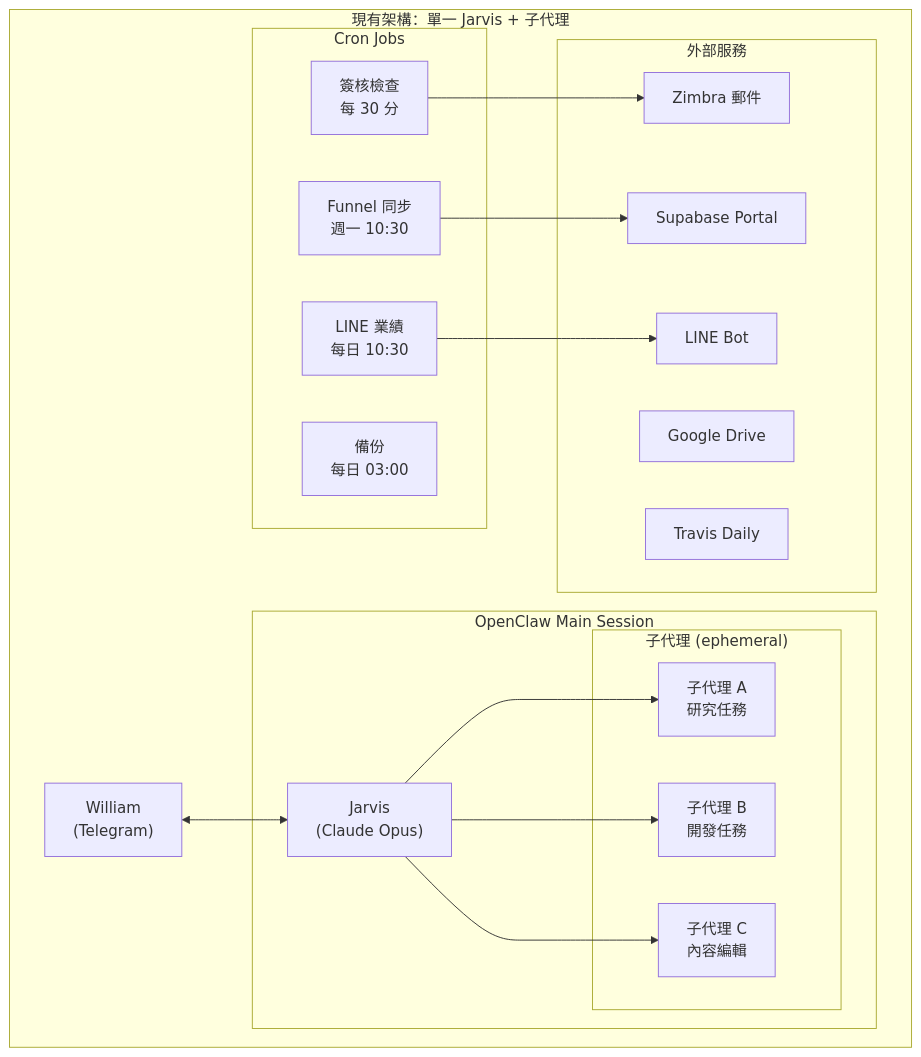
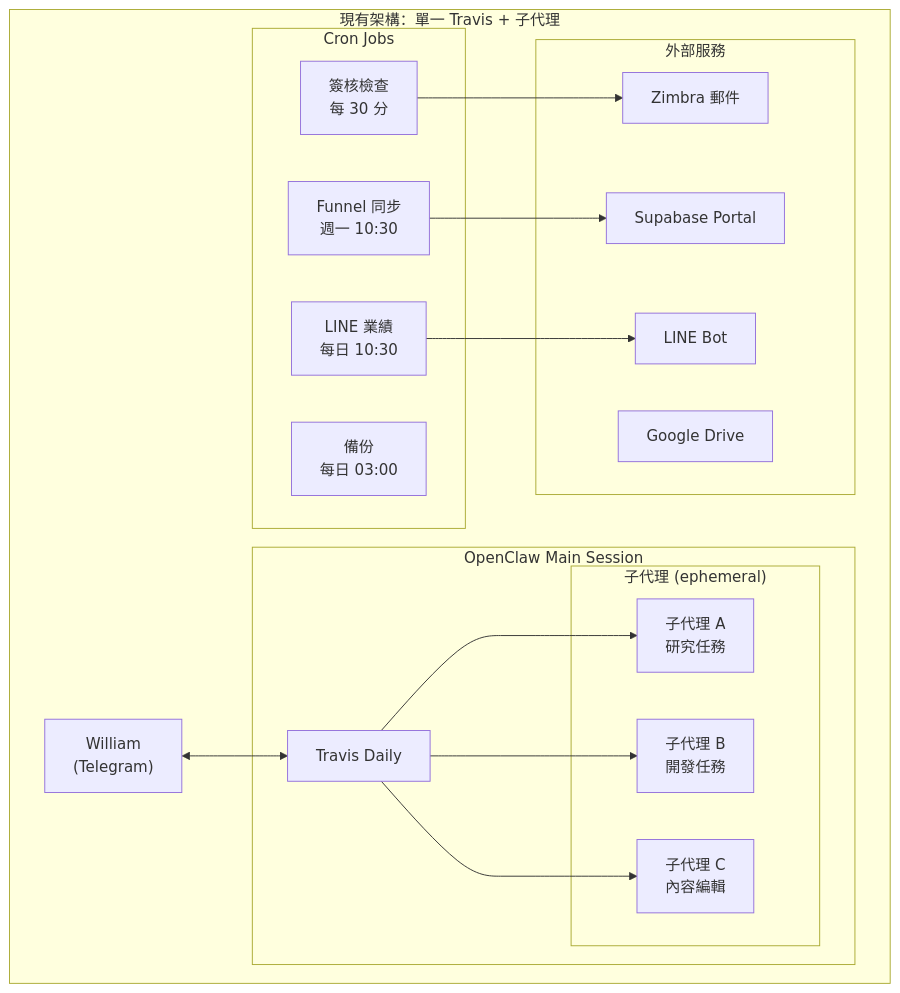
One commit to shimotmr/travis-daily changed the third of 6 diagrams in content/reports/multi-agent-architecture.md. Above: the diagram before and after it, drawn with Mermaid. The commit also changed other lines of this file and 18 other files, not shown here.

Commit message:
fix: Jarvis → Travis brand rename (src + content)

````diff
--- a/content/reports/multi-agent-architecture.md
+++ b/content/reports/multi-agent-architecture.md
@@ -150,40 +150,40 @@
 ```mermaid
 graph TB
-    subgraph "現有架構：單一 Jarvis + 子代理"
+    subgraph "現有架構：單一 Travis + 子代理"
         William["William<br/>(Telegram)"]
         
         subgraph "OpenClaw Main Session"
-            Jarvis["Jarvis<br/>(Claude Opus)"]
+            Travis["Travis<br/>(Claude Opus)"]
             
             subgraph "子代理 (ephemeral)"
                 Sub1["子代理 A<br/>研究任務"]
                 Sub2["子代理 B<br/>開發任務"]
                 Sub3["子代理 C<br/>內容編輯"]
             end
         end
         
         subgraph "Cron Jobs"
             Cron1["簽核檢查<br/>每 30 分"]
             Cron2["Funnel 同步<br/>週一 10:30"]
             Cron3["LINE 業績<br/>每日 10:30"]
             Cron4["備份<br/>每日 03:00"]
         end
         
         subgraph "外部服務"
             Zimbra["Zimbra 郵件"]
             Supa["Supabase Portal"]
             GDrive["Google Drive"]
             LINE["LINE Bot"]
             Travis["Travis Daily"]
         end
         
-        William <--> Jarvis
-        Jarvis --> Sub1
-        Jarvis --> Sub2
-        Jarvis --> Sub3
+        William <--> Travis
+        Travis --> Sub1
+        Travis --> Sub2
+        Travis --> Sub3
         
         Cron1 --> Zimbra
         Cron2 --> Supa
         Cron3 --> LINE
     end
 ```
````
